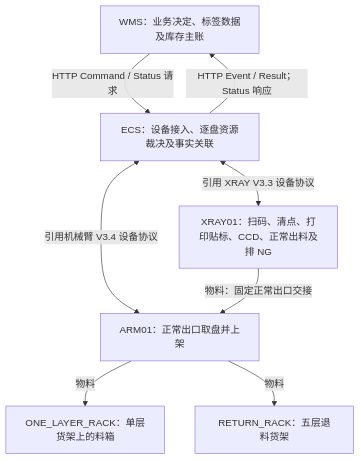
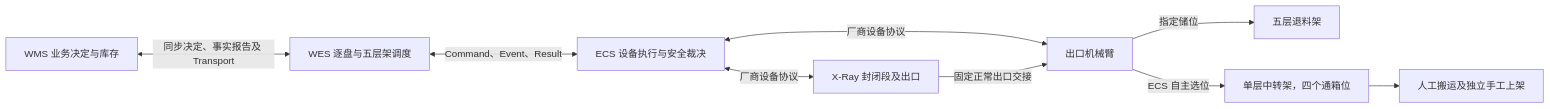
Before and after one commit to kaizhoumasha/maintenance-admin: the second of 2 diagrams in docs/integrations/xray-api.md, drawn with Mermaid. The commit also changed other lines of this file and 2 other files, not shown here.

Commit message:
docs: 完善 X-Ray 退料线对接合同 (#63)

````diff
--- a/docs/integrations/xray-api.md
+++ b/docs/integrations/xray-api.md
@@ -74,16 +79,19 @@
 ```mermaid
-flowchart TB
-    W["WMS：业务决定、标签数据及库存主账"]
-    E["ECS：设备接入、逐盘资源裁决及事实关联"]
-    X["XRAY01：扫码、清点、打印贴标、CCD、正常出料及排 NG"]
-    A["ARM01：正常出口取盘并上架"]
-    B["ONE_LAYER_RACK：单层货架上的料箱"]
-    R["RETURN_RACK：五层退料货架"]
-    W -->|"HTTP Command / Status 请求"| E
-    E -->|"HTTP Event / Result；Status 响应"| W
-    E <-->|"引用 XRAY V3.3 设备协议"| X
-    E <-->|"引用机械臂 V3.4 设备协议"| A
-    X -->|"物料：固定正常出口交接"| A
-    A -->|"物料"| B
-    A -->|"物料"| R
+flowchart LR
+    M["WMS 业务决定与库存"]
+    W["WES 逐盘与五层架调度"]
+    E["ECS 设备执行与安全裁决"]
+    X["X-Ray 封闭段及出口"]
+    A["出口机械臂"]
+    R["五层退料架"]
+    B["单层中转架，四个通箱位"]
+    H["人工搬运及独立手工上架"]
+    M <-->|"同步决定、事实报告及 Transport"| W
+    W <-->|"Command、Event、Result"| E
+    E <-->|"厂商设备协议"| X
+    E <-->|"厂商设备协议"| A
+    X -->|"固定正常出口交接"| A
+    A -->|"指定储位"| R
+    A -->|"ECS 自主选位"| B
+    B --> H
 ```
````
